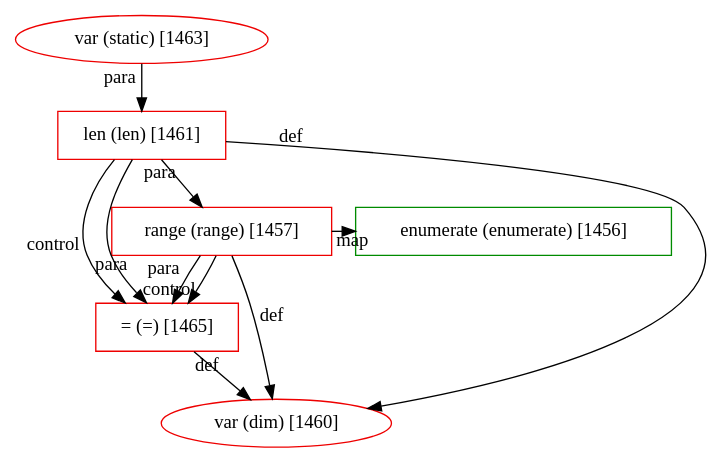
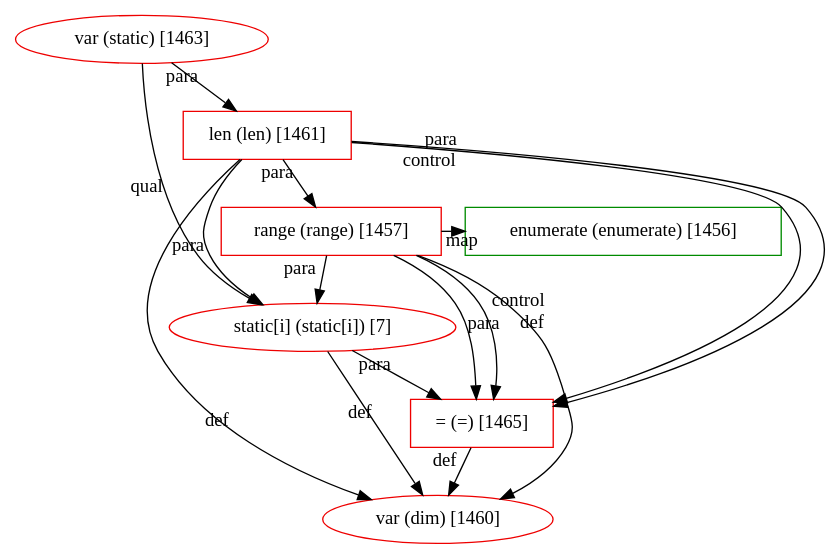
Before and after one commit to JetBrains-Research/revizor: the diagram in src/main/resources/patterns/9/fragment-325.dot, drawn with Graphviz. The commit also changed 1 other file, not shown here.

```diff
--- a/src/main/resources/patterns/9/fragment-325.dot
+++ b/src/main/resources/patterns/9/fragment-325.dot
@@ -1,21 +1,27 @@
 digraph "fragment-325.dot" {
 	subgraph "subgraph: 1457 to 1456" {
 		graph [rank=same]
 		1457 [label="range (range) [1457]" color=red2 shape=box]
 		1456 [label="enumerate (enumerate) [1456]" color=green4 shape=box]
 	}
 	1461 [label="len (len) [1461]" color=red2 shape=box]
 	1465 [label="= (=) [1465]" color=red2 shape=box]
 	1460 [label="var (dim) [1460]" color=red2 shape=ellipse]
 	1463 [label="var (static) [1463]" color=red2 shape=ellipse]
+	1459 [label="static[i] (static[i]) [7]" color=red2 shape=ellipse]
 	1461 -> 1457 [xlabel=para from_closure=False]
 	1457 -> 1456 [xlabel=map from_closure=False]
 	1463 -> 1461 [xlabel=para from_closure=True]
 	1457 -> 1465 [xlabel=para from_closure=True]
 	1457 -> 1465 [xlabel=control from_closure=True]
 	1461 -> 1465 [xlabel=control from_closure=True]
 	1461 -> 1465 [xlabel=para from_closure=True]
 	1457 -> 1460 [xlabel=def from_closure=True]
 	1461 -> 1460 [xlabel=def from_closure=True]
 	1465 -> 1460 [xlabel=def from_closure=False]
+	1459 -> 1460 [xlabel=def from_closure=False]
+	1459 -> 1465 [xlabel=para from_closure=False]
+	1463 -> 1459 [xlabel=qual from_closure=True]
+	1457 -> 1459 [xlabel=para from_closure=True]
+	1461 -> 1459 [xlabel=para from_closure=True]
 }
```
